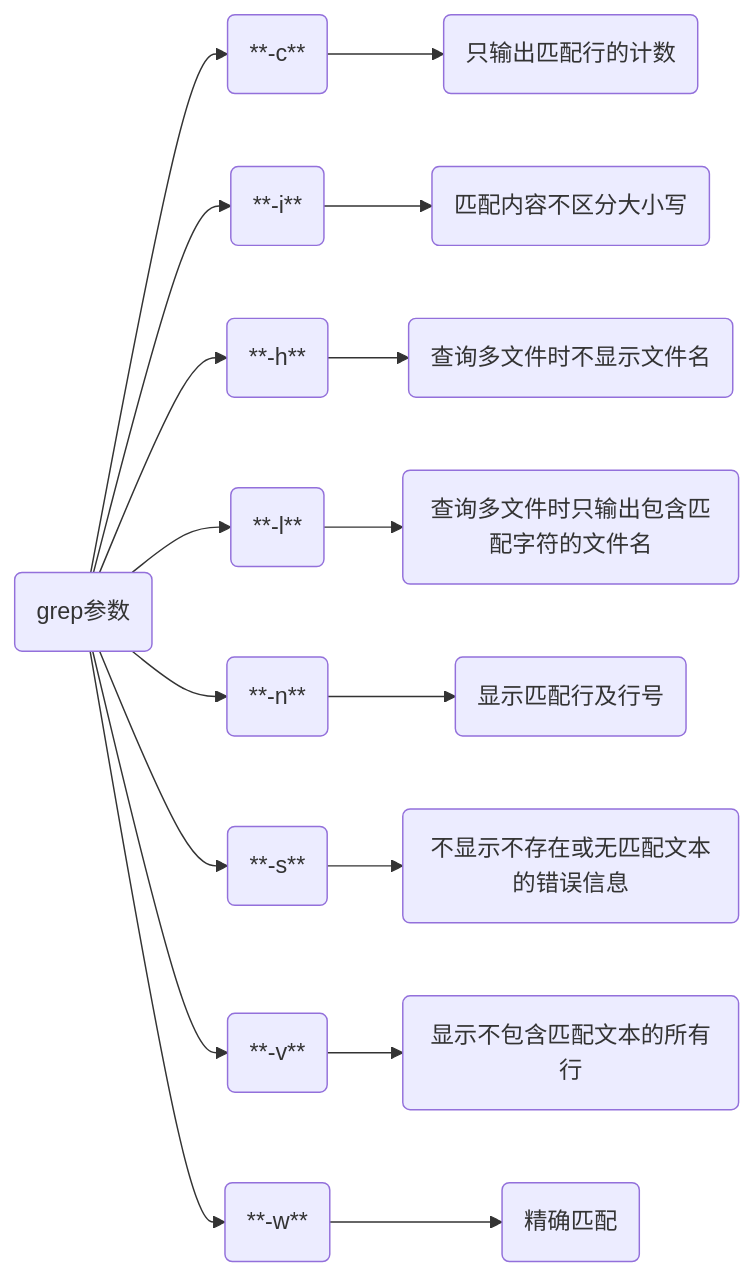
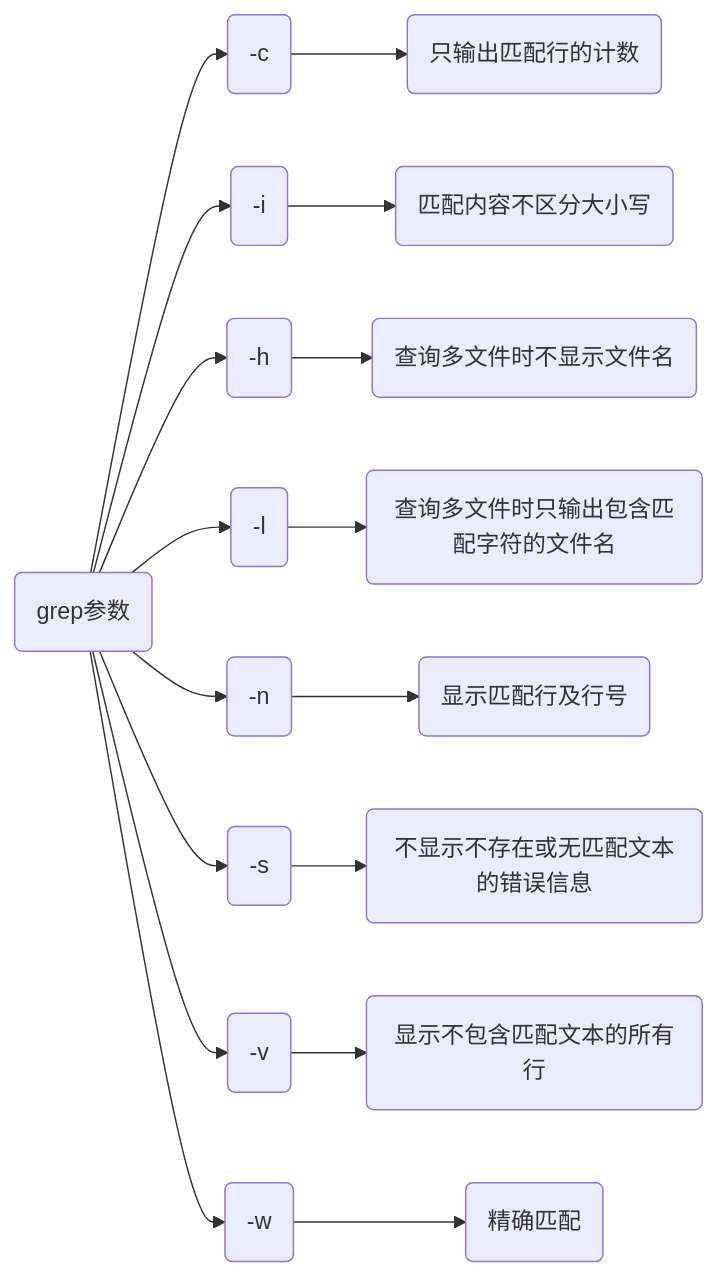
One commit to dmjcb/dmjcb.github.io changed the first of 2 diagrams in _posts/OS/Linux/指令/2021-01-16-文件文本指令.md. Above: the diagram before and after it, drawn with Mermaid. The commit also changed other lines of this file and 37 other files, not shown here.

Commit message:
增加动态库博客中说明图片

````diff
--- a/_posts/OS/Linux/指令/2021-01-16-文件文本指令.md
+++ b/_posts/OS/Linux/指令/2021-01-16-文件文本指令.md
@@ -50,44 +50,44 @@
 ```mermaid
 graph LR;
     F(grep参数)
 
-    c(**-c**)
+    c("-c")
     c1(只输出匹配行的计数)
     F-->c
     c-->c1
 
-    i(**-i**)
+    i("-i")
     i1(匹配内容不区分大小写)
     F-->i
     i-->i1
 
-    h(**-h**)
+    h("-h")
     h1(查询多文件时不显示文件名)
     F-->h
     h-->h1
 
-    l(**-l**)
+    l("-l")
     l1(查询多文件时只输出包含匹配字符的文件名)
     F-->l
     l-->l1
 
-    n(**-n**)
+    n("-n")
     n1(显示匹配行及行号)
     F-->n
     n-->n1
 
-    s(**-s**)
+    s("-s")
     s1(不显示不存在或无匹配文本的错误信息)
     F-->s
     s-->s1
 
-    v(**-v**)
+    v("-v")
     v1(显示不包含匹配文本的所有行)
     F-->v
     v-->v1
 
-    w(**-w**)
+    w("-w")
     w1(精确匹配)
     F-->w
     w-->w1
 ```
````
